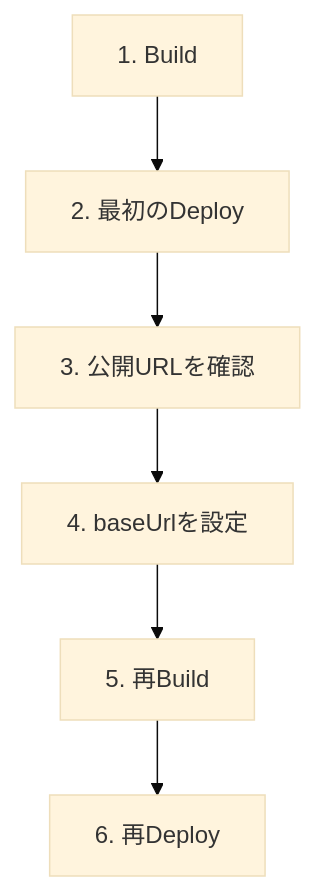
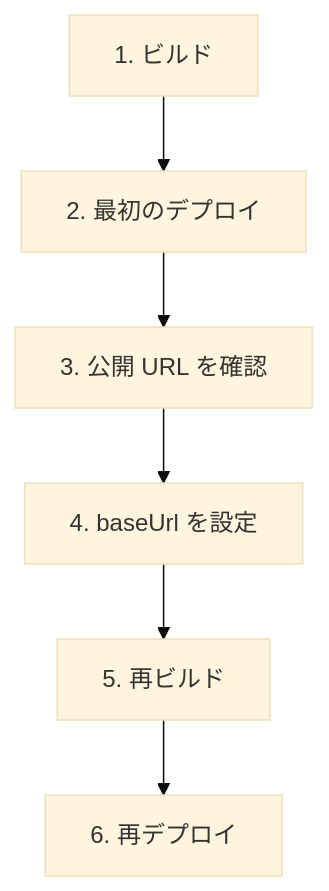
The third of 6 diagrams in docs/docs/guides/deployment/cloudflare-workers.ja.md (Rerurate514/riebeckite), drawn with Mermaid (base theme) before and after one commit. The commit also changed other lines of this file and 310 other files, not shown here.

````diff
--- a/docs/docs/guides/deployment/cloudflare-workers.ja.md
+++ b/docs/docs/guides/deployment/cloudflare-workers.ja.md
@@ -215,15 +183,15 @@
 ```mermaid
 flowchart TD
-    FirstBuild["1. Build"]
-    FirstDeploy["2. 最初のDeploy"]
-    URL["3. 公開URLを確認"]
-    BaseUrl["4. baseUrlを設定"]
-    SecondBuild["5. 再Build"]
-    SecondDeploy["6. 再Deploy"]
+    FirstBuild["1. ビルド"]
+    FirstDeploy["2. 最初のデプロイ"]
+    URL["3. 公開 URL を確認"]
+    BaseUrl["4. baseUrl を設定"]
+    SecondBuild["5. 再ビルド"]
+    SecondDeploy["6. 再デプロイ"]
 
     FirstBuild --> FirstDeploy
     FirstDeploy --> URL
     URL --> BaseUrl
     BaseUrl --> SecondBuild
     SecondBuild --> SecondDeploy
 ```
````
